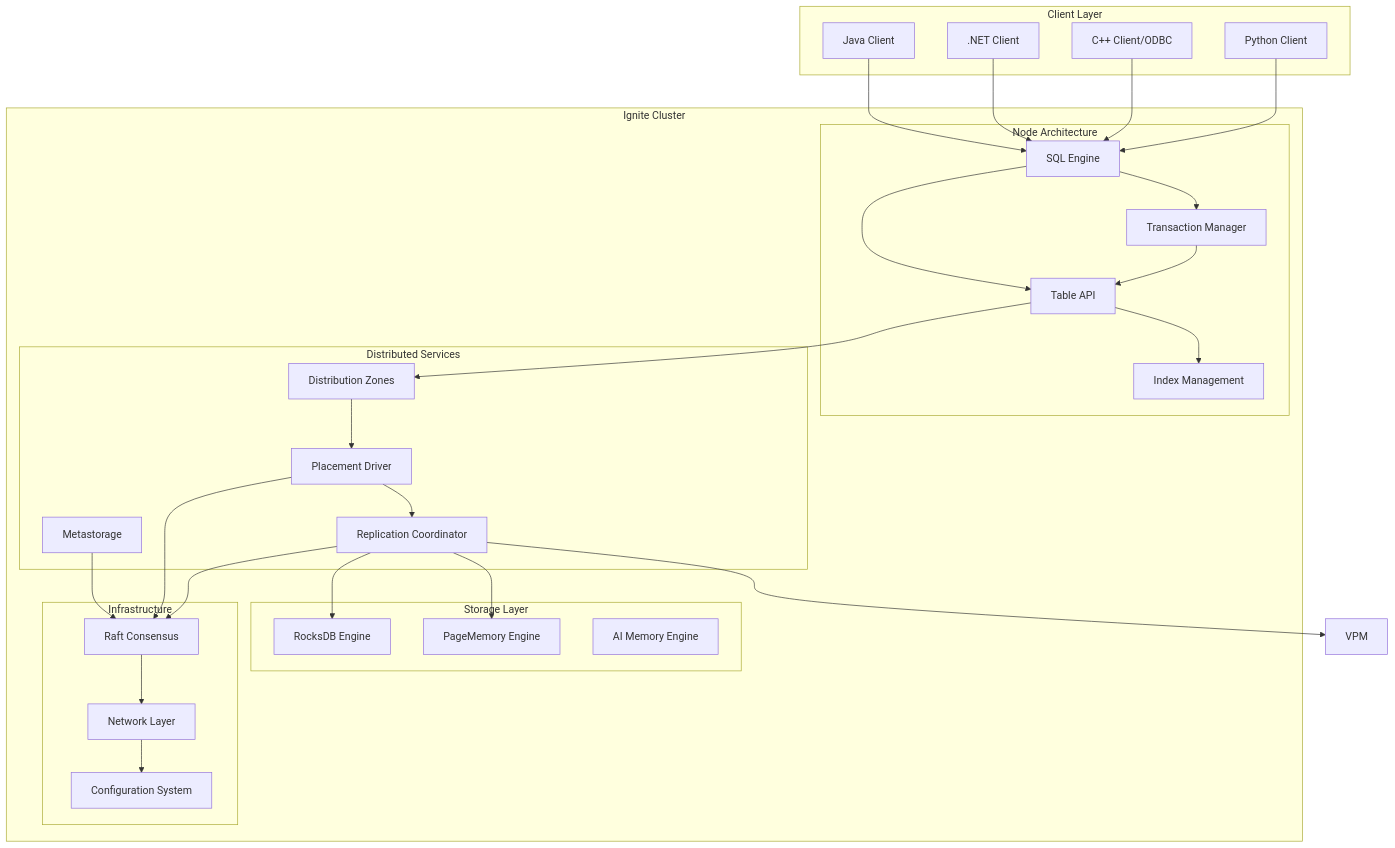
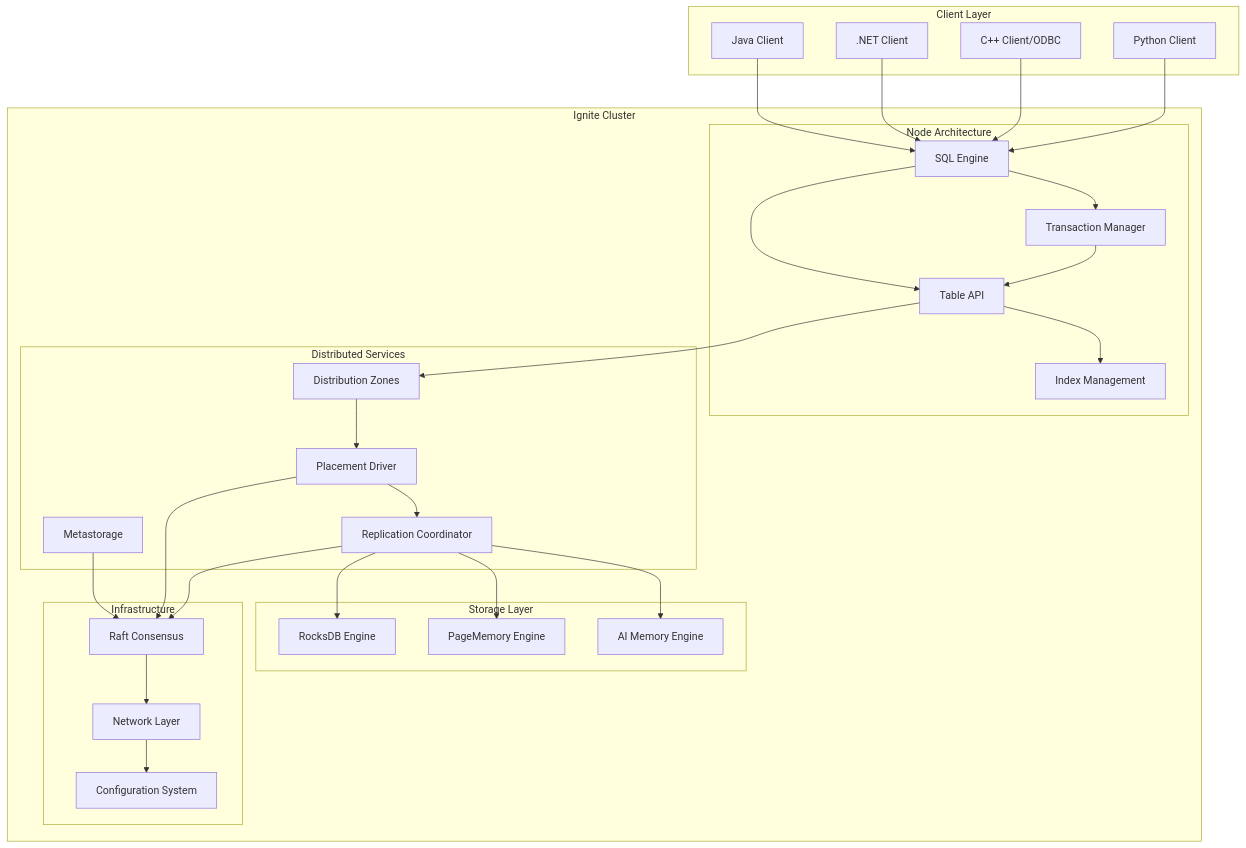
Before and after one commit to maglietti/ignite3-java-api-primer: the first of 3 diagrams in docs/00-reference/TECHNICAL_FEATURES.md, drawn with Mermaid.

````diff
--- a/docs/00-reference/TECHNICAL_FEATURES.md
+++ b/docs/00-reference/TECHNICAL_FEATURES.md
@@ -13,61 +13,61 @@
 ```mermaid
 graph TB
     subgraph "Client Layer"
         JC[Java Client]
         NC[.NET Client]
         CC[C++ Client/ODBC]
         PC[Python Client]
     end
     
     subgraph "Ignite Cluster"
         subgraph "Node Architecture"
             SQL[SQL Engine]
             TXM[Transaction Manager]
             TAB[Table API]
             IDX[Index Management]
         end
         
         subgraph "Distributed Services"
             MS[Metastorage]
             PD[Placement Driver]
             RC[Replication Coordinator]
             DZ[Distribution Zones]
         end
         
         subgraph "Storage Layer"
             RSE[RocksDB Engine]
             PME[PageMemory Engine]
             AME[AI Memory Engine]
         end
         
         subgraph "Infrastructure"
             RAFT[Raft Consensus]
             NET[Network Layer]
             CFG[Configuration System]
         end
     end
     
     JC --> SQL
     NC --> SQL
     CC --> SQL
     PC --> SQL
     
     SQL --> TXM
     SQL --> TAB
     TXM --> TAB
     TAB --> IDX
     TAB --> DZ
     
     DZ --> PD
     PD --> RC
     RC --> RSE
     RC --> PME
-    RC --> VPM
+    RC --> AME
     
     MS --> RAFT
     PD --> RAFT
     RC --> RAFT
     
     RAFT --> NET
     NET --> CFG
 ```
````
